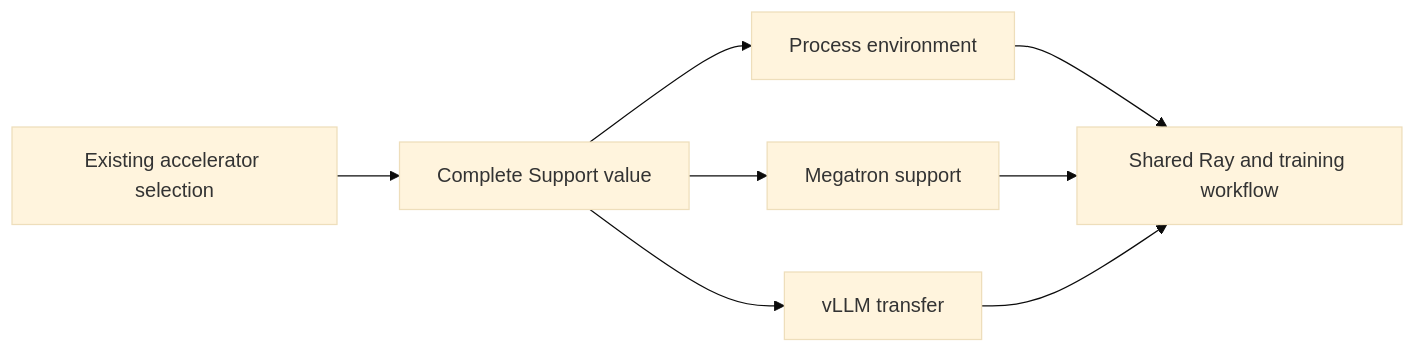
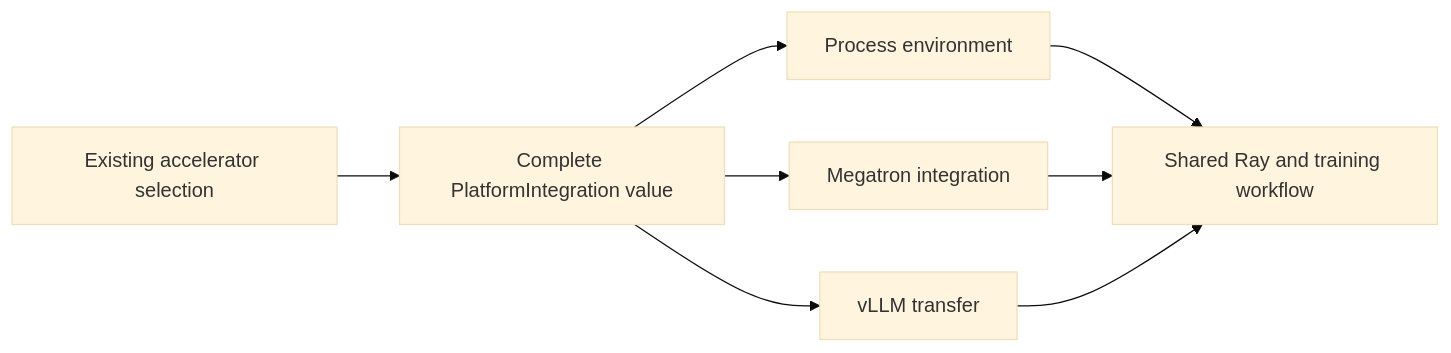
One commit to Meihan-chen/vime changed the diagram in docs/en/development/npu-support.md. Above: the diagram before and after it, drawn with Mermaid (base theme). The commit also changed other lines of this file and 1 other file, not shown here.

First line of the commit message:
docs(platform): explain integration boundaries and NPU source pins

````diff
--- a/docs/en/development/npu-support.md
+++ b/docs/en/development/npu-support.md
@@ -11,10 +11,10 @@
 ```mermaid
 flowchart LR
-    A[Existing accelerator selection] --> B[Complete Support value]
+    A[Existing accelerator selection] --> B[Complete PlatformIntegration value]
     B --> C[Process environment]
-    B --> D[Megatron support]
+    B --> D[Megatron integration]
     B --> E[vLLM transfer]
     C --> F[Shared Ray and training workflow]
     D --> F
     E --> F
 ```
````
